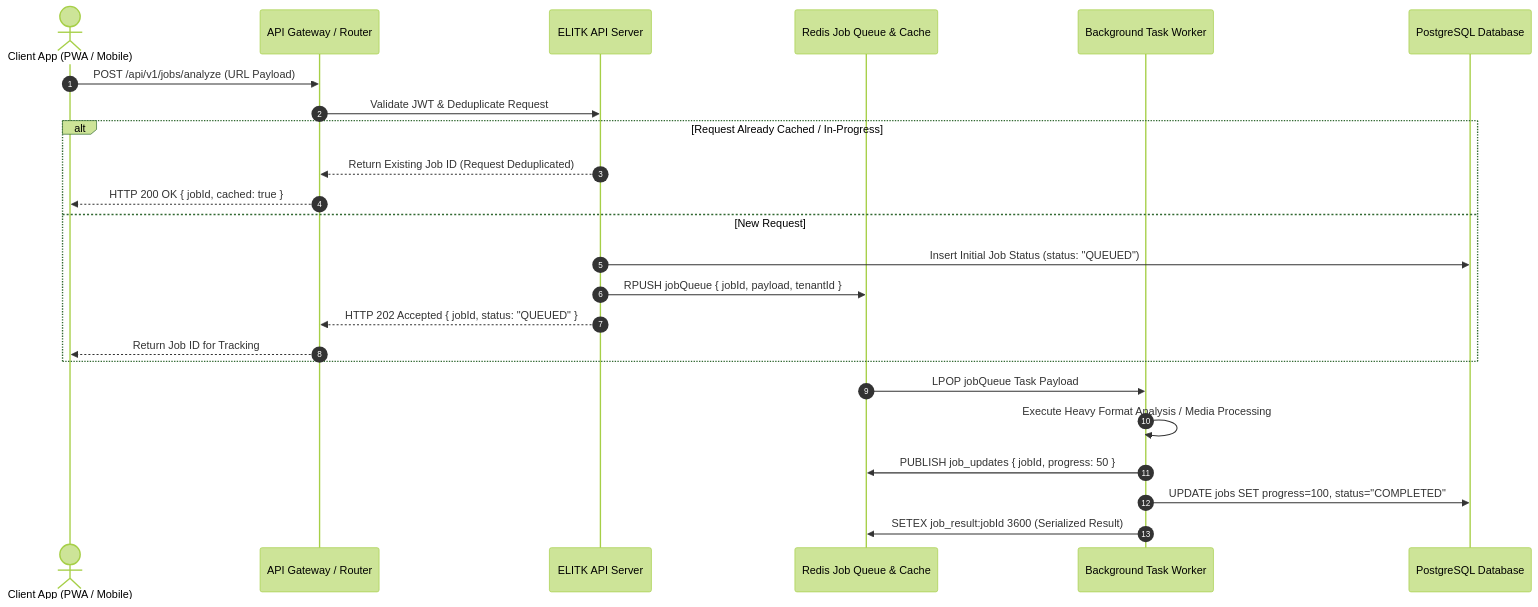
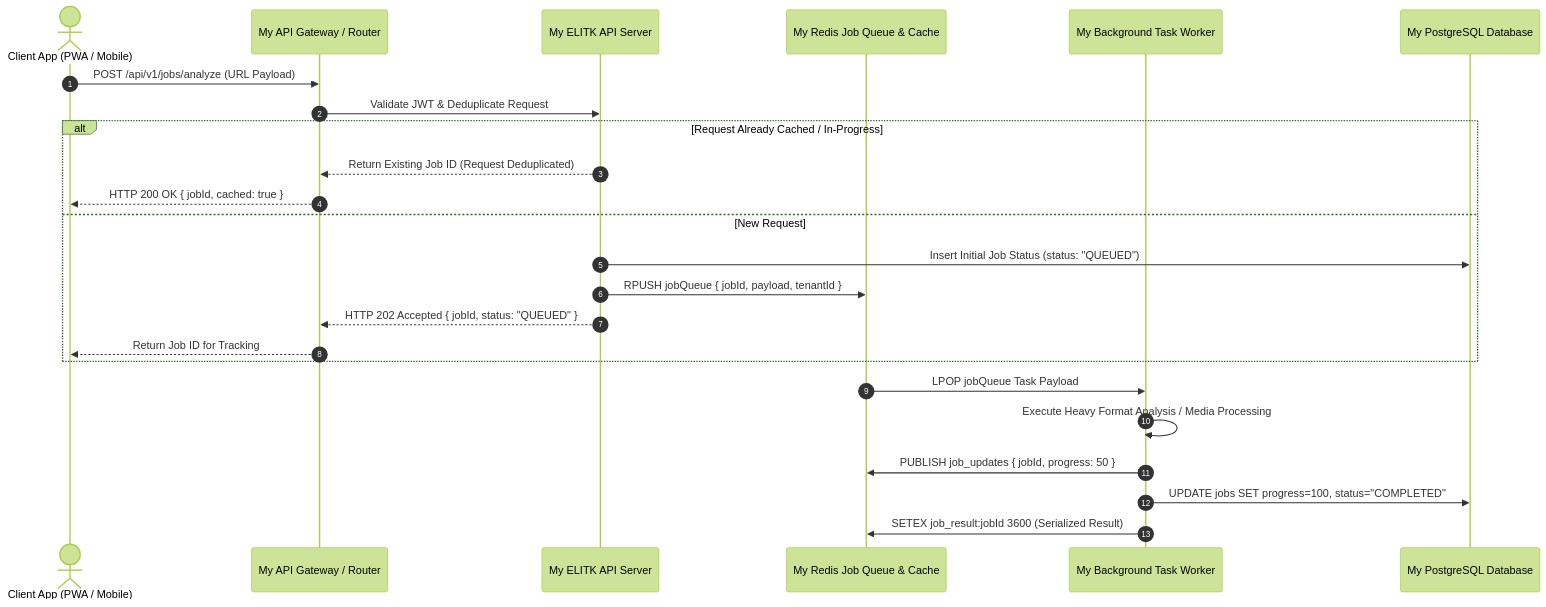
The first of 3 diagrams in .github/wiki/Data-Flow-and-Sequence.md (mohamedosamaai/mohamedosamaai), drawn with Mermaid (forest theme) before and after one commit. The commit also changed other lines of this file and 12 other files, not shown here.

````diff
--- a/.github/wiki/Data-Flow-and-Sequence.md
+++ b/.github/wiki/Data-Flow-and-Sequence.md
@@ -12,29 +9,29 @@
 ```mermaid
 sequenceDiagram
     autonumber
     actor Client as Client App (PWA / Mobile)
-    participant Gateway as API Gateway / Router
-    participant API as ELITK API Server
-    participant Redis as Redis Job Queue & Cache
-    participant Worker as Background Task Worker
-    participant DB as PostgreSQL Database
+    participant Gateway as My API Gateway / Router
+    participant API as My ELITK API Server
+    participant Redis as My Redis Job Queue & Cache
+    participant Worker as My Background Task Worker
+    participant DB as My PostgreSQL Database
 
     Client->>Gateway: POST /api/v1/jobs/analyze (URL Payload)
     Gateway->>API: Validate JWT & Deduplicate Request
     
     alt Request Already Cached / In-Progress
         API-->>Gateway: Return Existing Job ID (Request Deduplicated)
         Gateway-->>Client: HTTP 200 OK { jobId, cached: true }
     else New Request
         API->>DB: Insert Initial Job Status (status: "QUEUED")
         API->>Redis: RPUSH jobQueue { jobId, payload, tenantId }
         API-->>Gateway: HTTP 202 Accepted { jobId, status: "QUEUED" }
         Gateway-->>Client: Return Job ID for Tracking
     end
 
     Redis->>Worker: LPOP jobQueue Task Payload
     Worker->>Worker: Execute Heavy Format Analysis / Media Processing
     Worker->>Redis: PUBLISH job_updates { jobId, progress: 50 }
     Worker->>DB: UPDATE jobs SET progress=100, status="COMPLETED"
     Worker->>Redis: SETEX job_result:jobId 3600 (Serialized Result)
 ```
````
